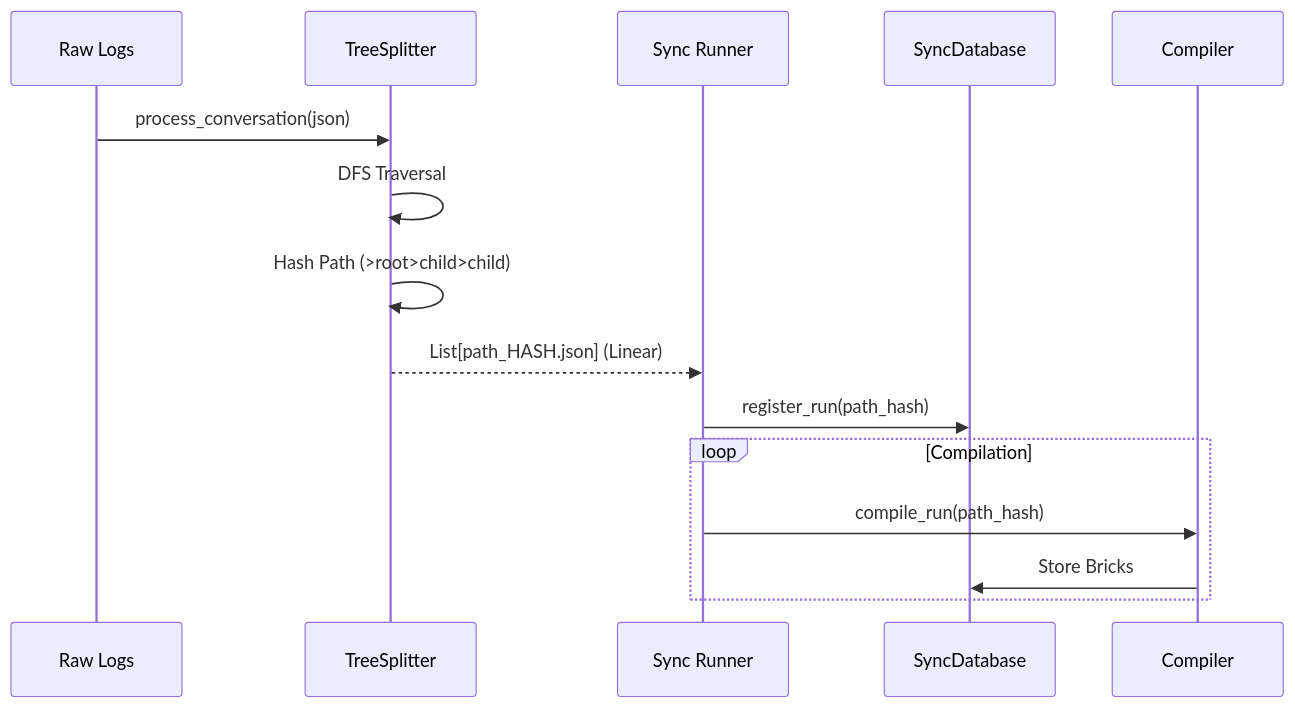
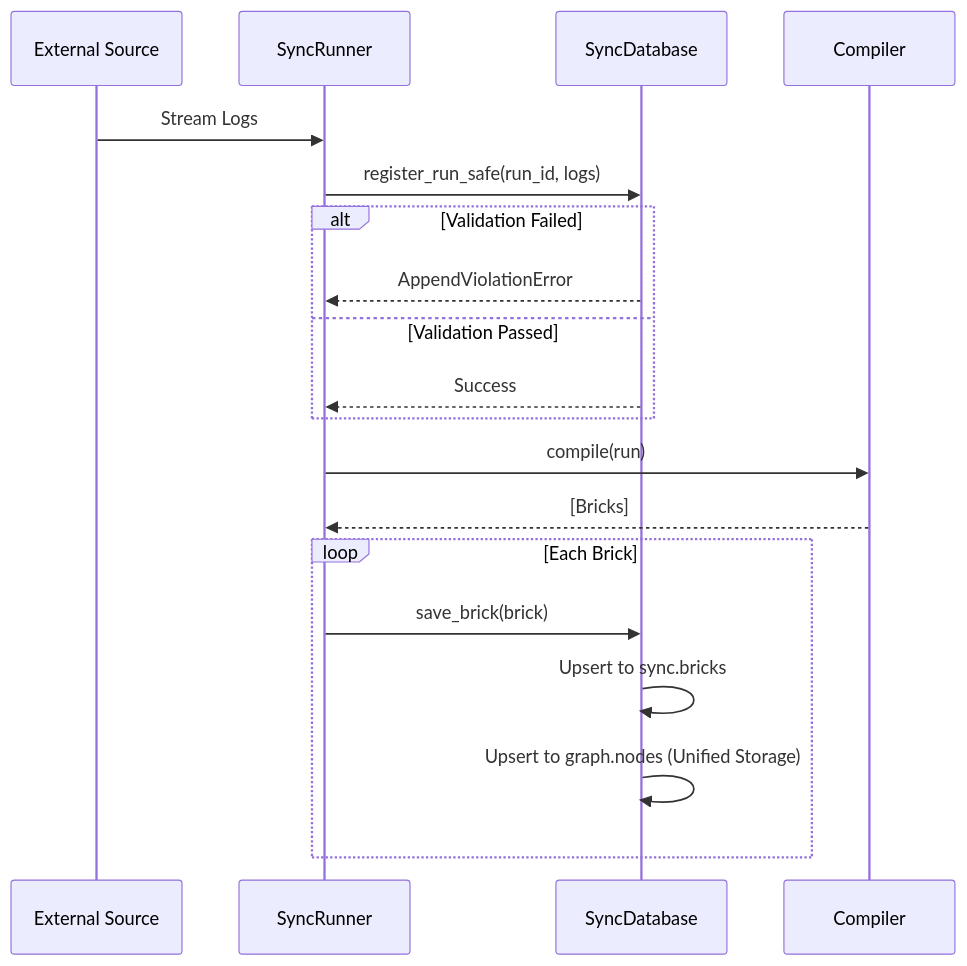
Before and after one commit to Chaithu1995-0312/LLMExtractor: the first of 2 diagrams in MODULE_DEEP_DIVES.md, drawn with Mermaid. The commit also changed other lines of this file and 23 other files, not shown here.

````diff
--- a/MODULE_DEEP_DIVES.md
+++ b/MODULE_DEEP_DIVES.md
@@ -9,19 +19,22 @@
 ```mermaid
 sequenceDiagram
-    participant JSON as Raw Logs
-    participant Splitter as TreeSplitter
-    participant Runner as Sync Runner
+    participant Source as External Source
+    participant Runner as SyncRunner
     participant DB as SyncDatabase
+    participant Compiler as Compiler
 
-    JSON->>Splitter: process_conversation(json)
-    Splitter->>Splitter: DFS Traversal
-    Splitter->>Splitter: Hash Path (>root>child>child)
-    Splitter-->>Runner: List[path_HASH.json] (Linear)
-    
-    Runner->>DB: register_run(path_hash)
-    
-    loop Compilation
-        Runner->>Compiler: compile_run(path_hash)
-        Compiler->>DB: Store Bricks
+    Source->>Runner: Stream Logs
+    Runner->>DB: register_run_safe(run_id, logs)
+    alt Validation Failed
+        DB-->>Runner: AppendViolationError
+    else Validation Passed
+        DB-->>Runner: Success
+    end
+    Runner->>Compiler: compile(run)
+    Compiler-->>Runner: [Bricks]
+    loop Each Brick
+        Runner->>DB: save_brick(brick)
+        DB->>DB: Upsert to sync.bricks
+        DB->>DB: Upsert to graph.nodes (Unified Storage)
     end
 ```
````
